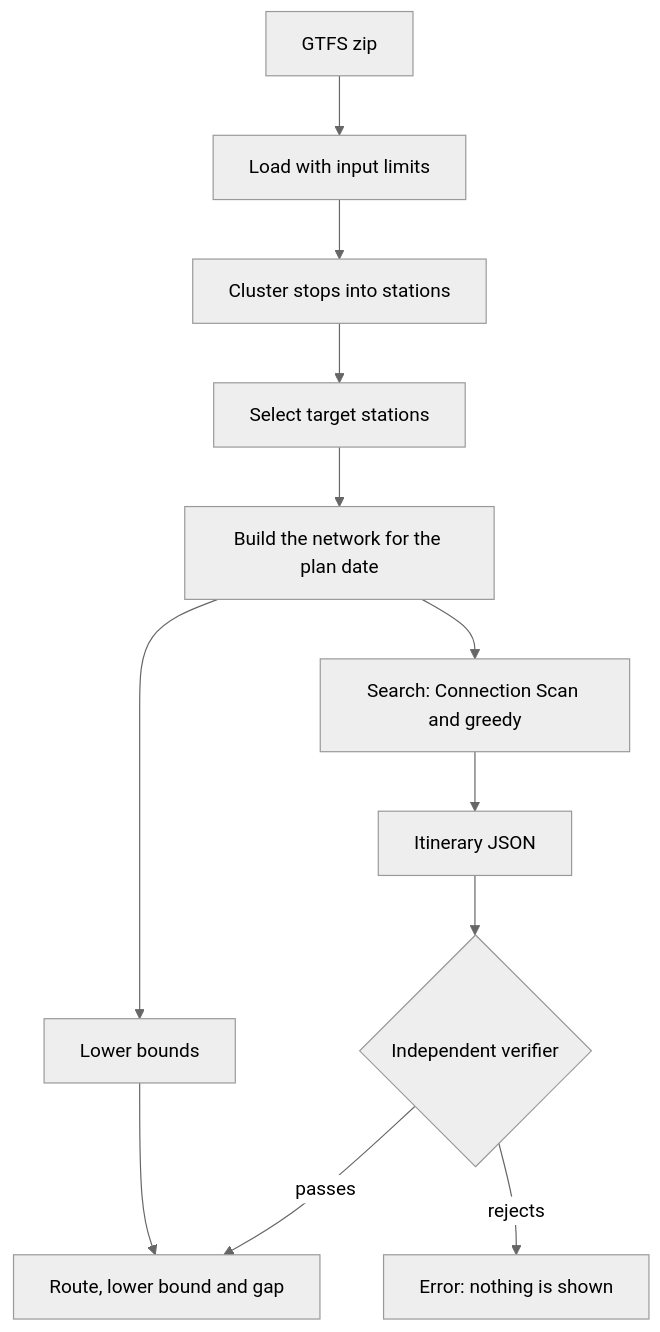
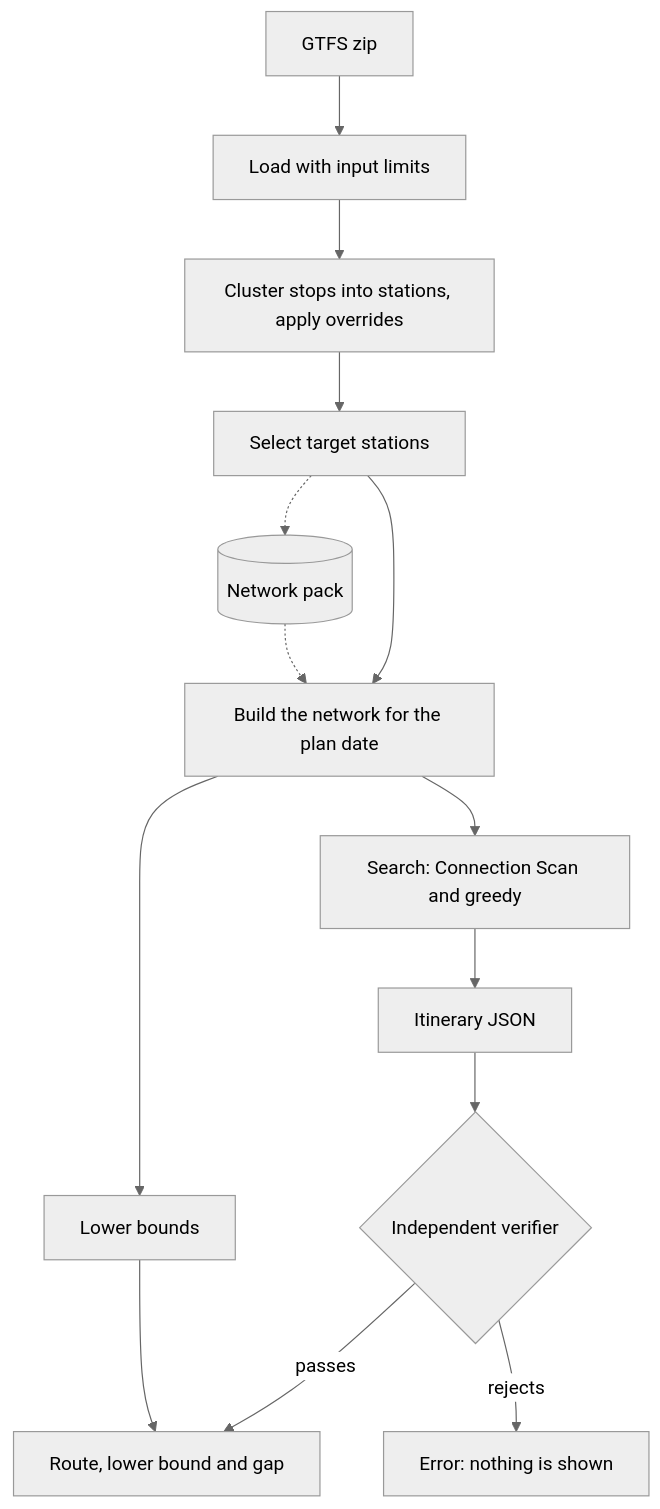
Before and after one commit to Waiivyy/allstops: the diagram in README.md, drawn with Mermaid (neutral theme). The commit also changed other lines of this file and 1 other file, not shown here.

````diff
--- a/README.md
+++ b/README.md
@@ -119,14 +134,16 @@
 ```mermaid
 flowchart TD
     A[GTFS zip] --> B[Load with input limits]
-    B --> C[Cluster stops into stations]
+    B --> C[Cluster stops into stations, apply overrides]
     C --> D[Select target stations]
     D --> E[Build the network for the plan date]
+    D -.-> P[(Network pack)]
+    P -.-> E
     E --> F[Search: Connection Scan and greedy]
     E --> K[Lower bounds]
     F --> G[Itinerary JSON]
     G --> H{Independent verifier}
     H -- passes --> I[Route, lower bound and gap]
     K --> I
     H -- rejects --> J[Error: nothing is shown]
 ```
````
